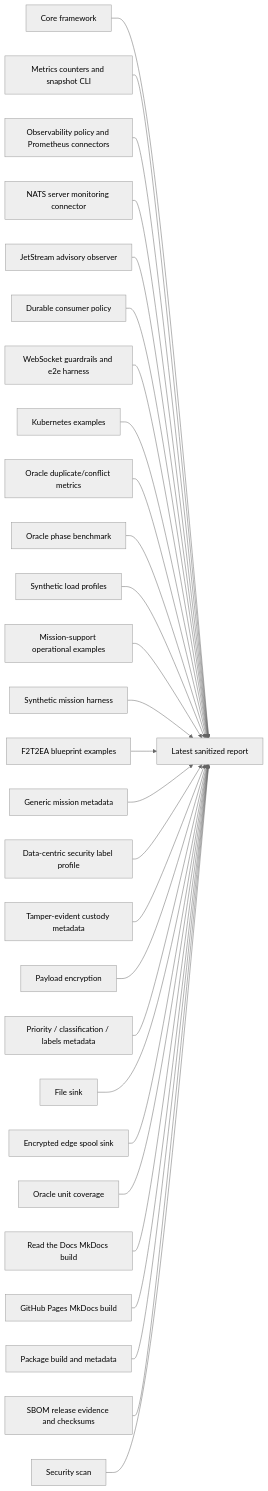
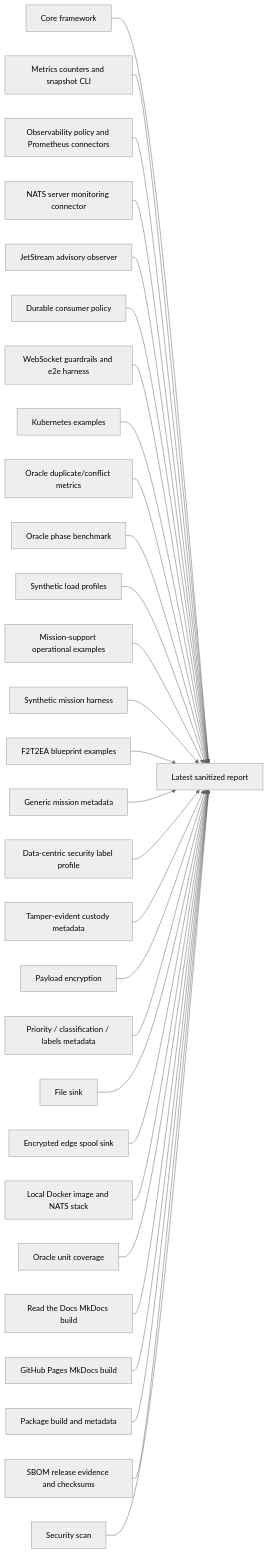
Before and after one commit to ProjectCuillin/nats-sinks: the first of 5 diagrams in docs/test-report.md, drawn with Mermaid (neutral theme). The commit also changed other lines of this file and 17 other files, not shown here.

Commit message:
Add local Docker test stack

````diff
--- a/docs/test-report.md
+++ b/docs/test-report.md
@@ -103,30 +112,31 @@
 ```mermaid
 flowchart LR
     Core[Core framework] --> Report[Latest sanitized report]
     Metrics[Metrics counters and snapshot CLI] --> Report
     Observe[Observability policy and Prometheus connectors] --> Report
     NATSMon[NATS server monitoring connector] --> Report
     Advisories[JetStream advisory observer] --> Report
     Consumers[Durable consumer policy] --> Report
     WebSocket[WebSocket guardrails and e2e harness] --> Report
     K8s[Kubernetes examples] --> Report
     OracleMetrics[Oracle duplicate/conflict metrics] --> Report
     OracleBenchmark[Oracle phase benchmark] --> Report
     LoadProfiles[Synthetic load profiles] --> Report
     MissionOps[Mission-support operational examples] --> Report
     Synthetic[Synthetic mission harness] --> Report
     F2T2EA[F2T2EA blueprint examples] --> Report
     MissionMeta[Generic mission metadata] --> Report
     SecurityLabels[Data-centric security label profile] --> Report
     Custody[Tamper-evident custody metadata] --> Report
     Crypto[Payload encryption] --> Report
     MessageMeta[Priority / classification / labels metadata] --> Report
     File[File sink] --> Report
     Spool[Encrypted edge spool sink] --> Report
+    Docker[Local Docker image and NATS stack] --> Report
     OracleUnit[Oracle unit coverage] --> Report
     DocsRTD[Read the Docs MkDocs build] --> Report
     DocsPages[GitHub Pages MkDocs build] --> Report
     Package[Package build and metadata] --> Report
     SBOM[SBOM release evidence and checksums] --> Report
     Security[Security scan] --> Report
 ```
````
